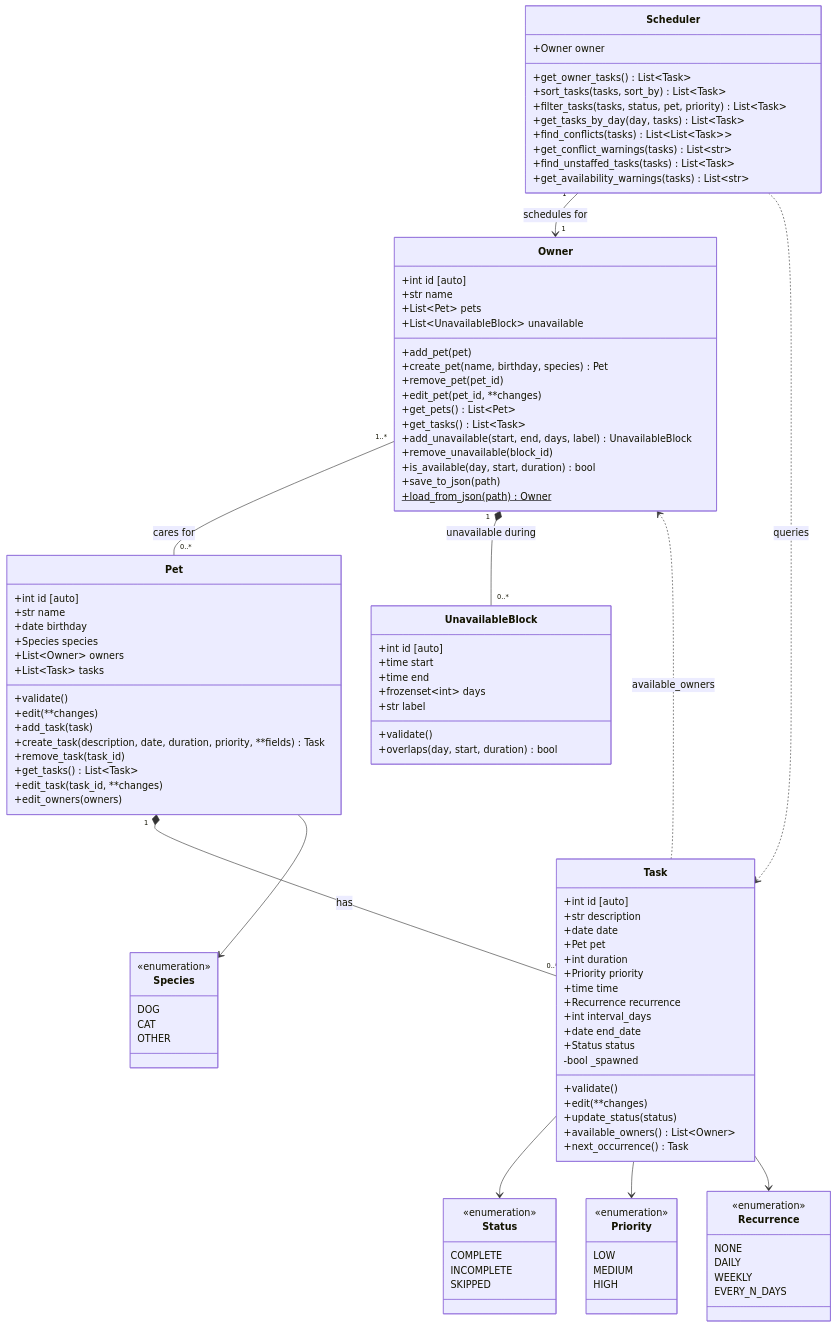
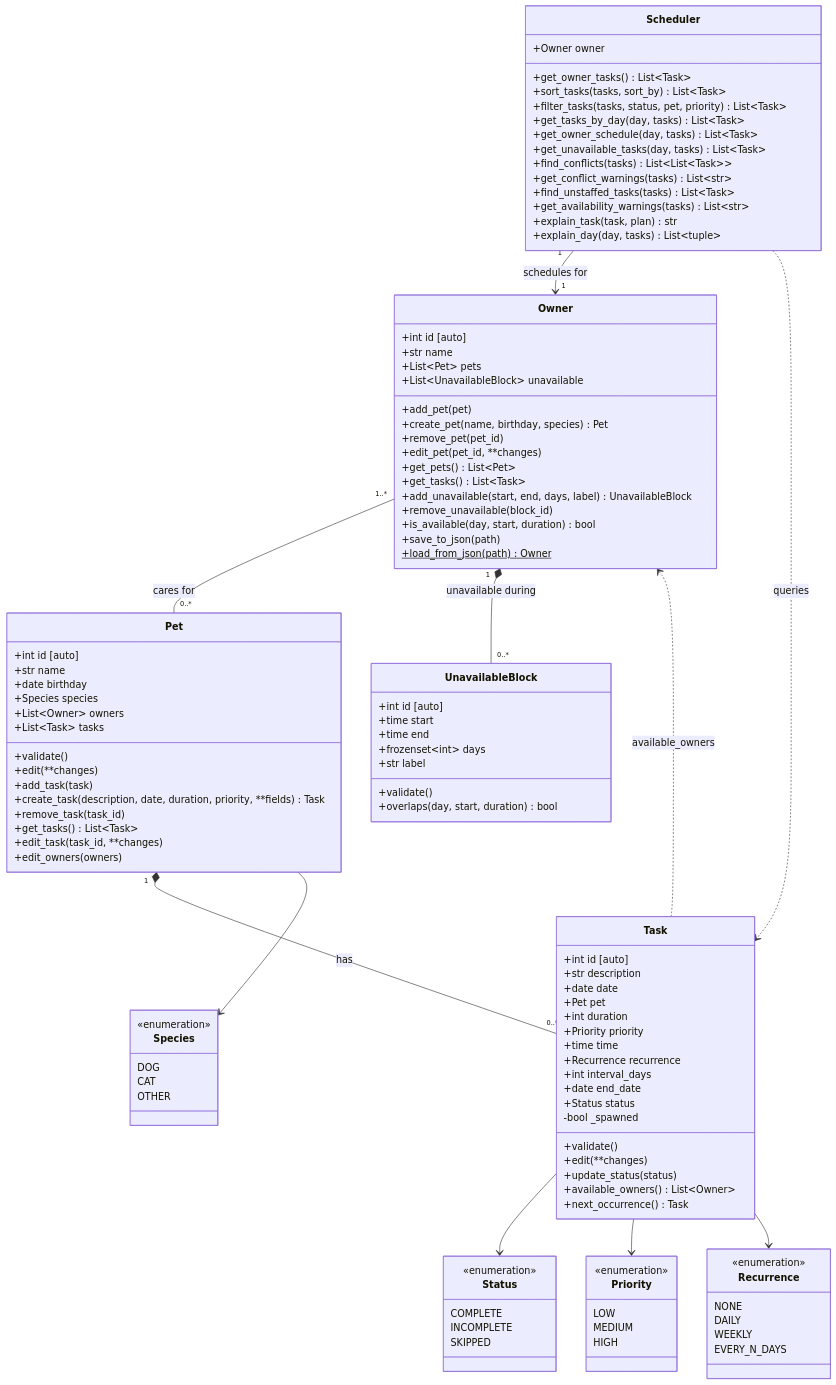
The diagram in diagrams/uml_final.mmd (DerickPalos/ai110-module2show-pawpal-starter), drawn with Mermaid before and after one commit. The commit also changed 5 other files, not shown here.

First line of the commit message:
Add schedule explanations and build each owner's own schedule

```diff
--- a/diagrams/uml_final.mmd
+++ b/diagrams/uml_final.mmd
@@ -1,117 +1,121 @@
 classDiagram
     class Owner {
         +int id [auto]
         +str name
         +List~Pet~ pets
         +List~UnavailableBlock~ unavailable
         +add_pet(pet)
         +create_pet(name, birthday, species) Pet
         +remove_pet(pet_id)
         +edit_pet(pet_id, **changes)
         +get_pets() List~Pet~
         +get_tasks() List~Task~
         +add_unavailable(start, end, days, label) UnavailableBlock
         +remove_unavailable(block_id)
         +is_available(day, start, duration) bool
         +save_to_json(path)
         +load_from_json(path)$ Owner
     }
 
     class UnavailableBlock {
         +int id [auto]
         +time start
         +time end
         +frozenset~int~ days
         +str label
         +validate()
         +overlaps(day, start, duration) bool
     }
 
     class Pet {
         +int id [auto]
         +str name
         +date birthday
         +Species species
         +List~Owner~ owners
         +List~Task~ tasks
         +validate()
         +edit(**changes)
         +add_task(task)
         +create_task(description, date, duration, priority, **fields) Task
         +remove_task(task_id)
         +get_tasks() List~Task~
         +edit_task(task_id, **changes)
         +edit_owners(owners)
     }
 
     class Task {
         +int id [auto]
         +str description
         +date date
         +Pet pet
         +int duration
         +Priority priority
         +time time
         +Recurrence recurrence
         +int interval_days
         +date end_date
         +Status status
         -bool _spawned
         +validate()
         +edit(**changes)
         +update_status(status)
         +available_owners() List~Owner~
         +next_occurrence() Task
     }
 
     class Scheduler {
         +Owner owner
         +get_owner_tasks() List~Task~
         +sort_tasks(tasks, sort_by) List~Task~
         +filter_tasks(tasks, status, pet, priority) List~Task~
         +get_tasks_by_day(day, tasks) List~Task~
+        +get_owner_schedule(day, tasks) List~Task~
+        +get_unavailable_tasks(day, tasks) List~Task~
         +find_conflicts(tasks) List~List~Task~~
         +get_conflict_warnings(tasks) List~str~
         +find_unstaffed_tasks(tasks) List~Task~
         +get_availability_warnings(tasks) List~str~
+        +explain_task(task, plan) str
+        +explain_day(day, tasks) List~tuple~
     }
 
     class Status {
         <<enumeration>>
         COMPLETE
         INCOMPLETE
         SKIPPED
     }
 
     class Priority {
         <<enumeration>>
         LOW
         MEDIUM
         HIGH
     }
 
     class Species {
         <<enumeration>>
         DOG
         CAT
         OTHER
     }
 
     class Recurrence {
         <<enumeration>>
         NONE
         DAILY
         WEEKLY
         EVERY_N_DAYS
     }
 
     Owner "1..*" -- "0..*" Pet : cares for
     Pet "1" *-- "0..*" Task : has
     Owner "1" *-- "0..*" UnavailableBlock : unavailable during
     Scheduler "1" --> "1" Owner : schedules for
     Scheduler ..> Task : queries
     Task ..> Owner : available_owners
     Pet --> Species
     Task --> Status
     Task --> Priority
     Task --> Recurrence
```
